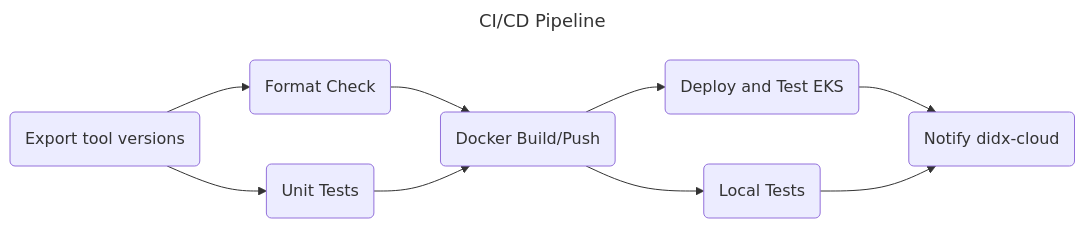
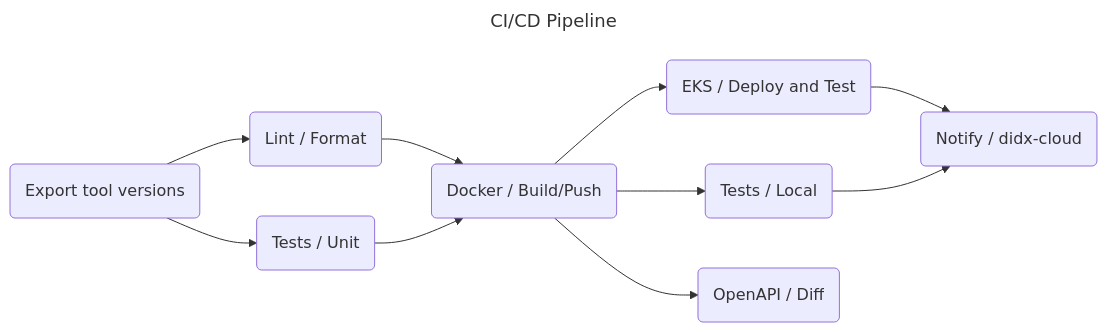
One commit to didx-xyz/acapy-cloud changed the diagram in .github/workflows/README.md. Above: the diagram before and after it, drawn with Mermaid. The commit also changed 7 other files, not shown here.

First line of the commit message:
:construction_worker: :memo: Add OpenAPI spec automation workflow (#1517)

````diff
--- a/.github/workflows/README.md
+++ b/.github/workflows/README.md
@@ -5,22 +5,24 @@
 ```mermaid
 ---
 title: CI/CD Pipeline
 ---
 flowchart LR
     ExportVersions(Export tool versions)
-    Format(Format Check)
-    Unit(Unit Tests)
-    Docker(Docker Build/Push)
-    Test(Local Tests)
-    DeployTest(Deploy and Test EKS)
-    Notify(Notify didx-cloud)
+    Lint(Lint / Format)
+    TestsUnit(Tests / Unit)
+    Docker(Docker / Build/Push)
+    TestsLocal(Tests / Local)
+    EKS(EKS / Deploy and Test)
+    Notify(Notify / didx-cloud)
+    OpenAPI(OpenAPI / Diff)
 
-    ExportVersions --> Format
-    ExportVersions --> Unit
-    Format --> Docker
-    Unit --> Docker
-    Docker --> Test
-    Docker --> DeployTest
-    DeployTest --> Notify
-    Test --> Notify
+    ExportVersions --> Lint
+    ExportVersions --> TestsUnit
+    Lint --> Docker
+    TestsUnit --> Docker
+    Docker --> TestsLocal
+    Docker --> EKS
+    EKS --> Notify
+    TestsLocal --> Notify
+    Docker --> OpenAPI
 ```
````
